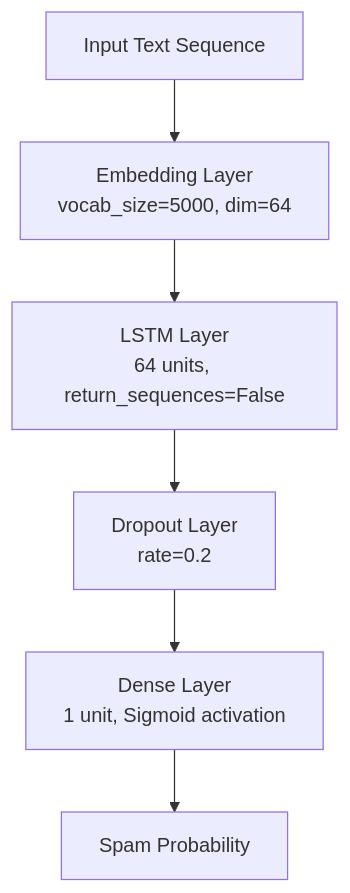
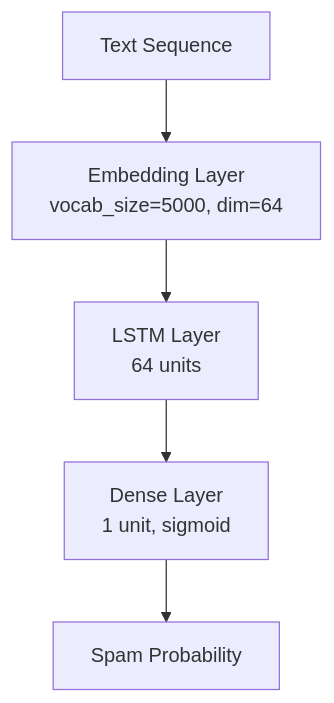
The diagram in models/README.md (SusaraThathsarani/sms-spam-detection), drawn with Mermaid before and after one commit. The commit also changed other lines of this file and 6 other files, not shown here.

````diff
--- a/models/README.md
+++ b/models/README.md
@@ -9,8 +8,7 @@
 ```mermaid
 graph TD
-    Input[Input Text Sequence] --> Embed[Embedding Layer<br>vocab_size=5000, dim=64]
-    Embed --> LSTM[LSTM Layer<br>64 units, return_sequences=False]
-    LSTM --> Dropout[Dropout Layer<br>rate=0.2]
-    Dropout --> Dense[Dense Layer<br>1 unit, Sigmoid activation]
+    Input[Text Sequence] --> Embed[Embedding Layer<br>vocab_size=5000, dim=64]
+    Embed --> LSTM[LSTM Layer<br>64 units]
+    LSTM --> Dense[Dense Layer<br>1 unit, sigmoid]
     Dense --> Output[Spam Probability]
 ```
````
